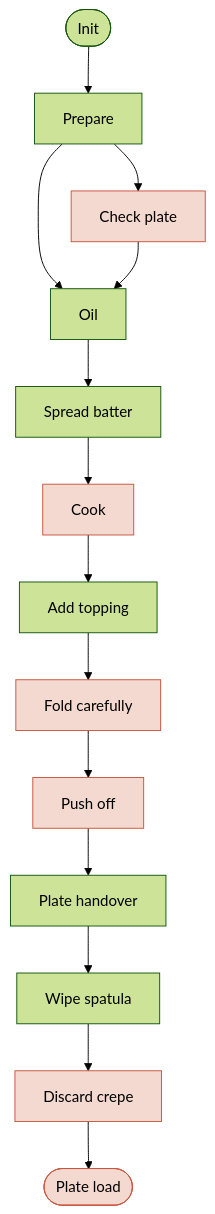
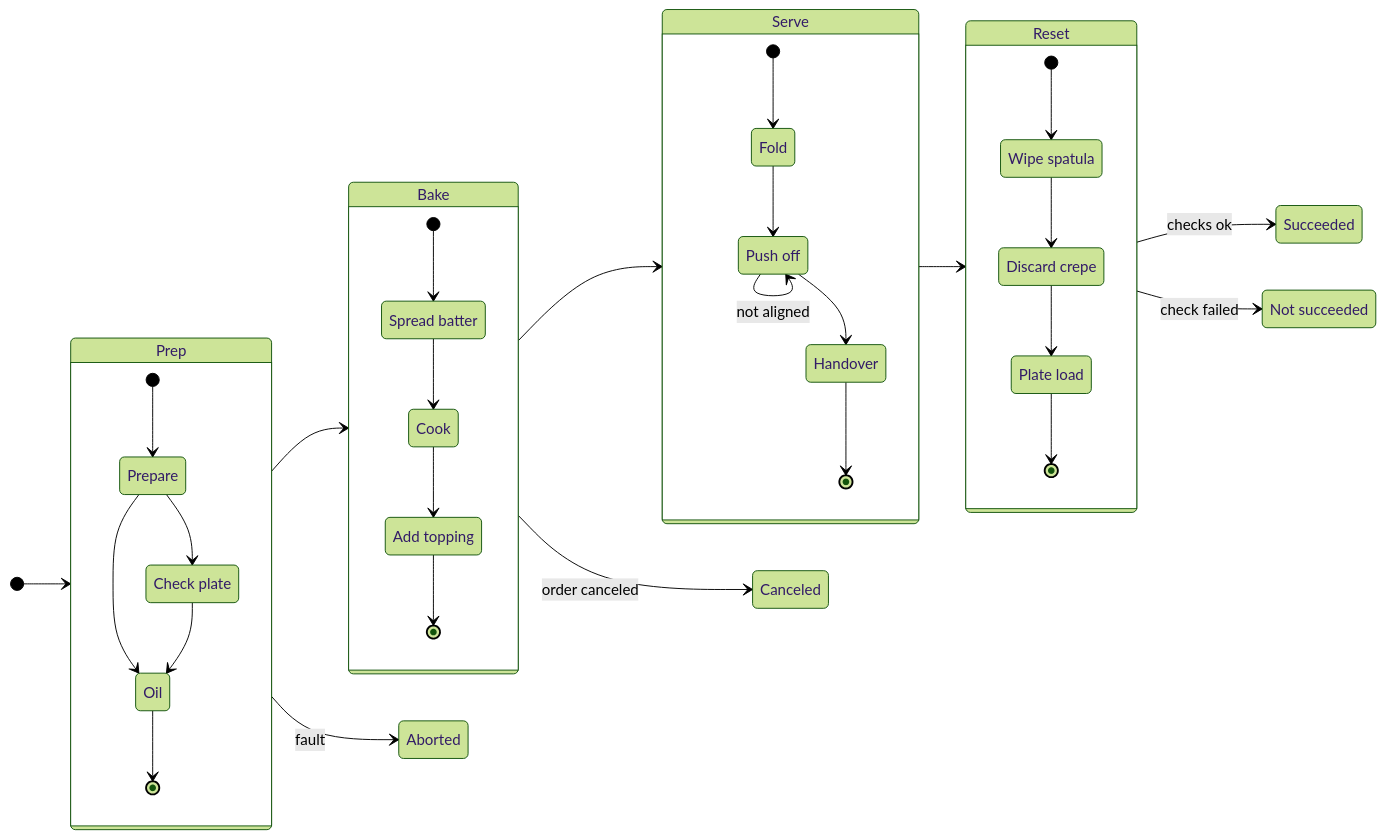
One commit to leonardoAB1/maus-crepe-insights changed the first of 3 diagrams in documentation/crepe-stages.md. Above: the diagram before and after it, drawn with Mermaid (forest theme). The commit also changed other lines of this file and 8 other files, not shown here.

Commit message:
docs: show key diagrams in readme and refine stage machine

````diff
--- a/documentation/crepe-stages.md
+++ b/documentation/crepe-stages.md
@@ -17,19 +17,46 @@
 ```mermaid
-flowchart TB
-    init([Init]) --> prepare[Prepare]
-    prepare --> plate[Check plate]
-    prepare --> oil[Oil]
-    plate --> oil
-    oil --> spread[Spread batter]
-    spread --> cook[Cook]
-    cook --> topping[Add topping]
-    topping --> fold[Fold carefully]
-    fold --> push[Push off]
-    push --> handover[Plate handover]
-    handover --> wipe[Wipe spatula]
-    wipe --> discard[Discard crepe]
-    discard --> load([Plate load])
-
-    classDef check fill:#f3d9cf,stroke:#c8553d
-    class plate,cook,fold,push,discard,load check
+stateDiagram-v2
+    direction LR
+    [*] --> Prep
+    state Prep {
+        state "Check plate" as plate
+        [*] --> Prepare
+        Prepare --> plate
+        Prepare --> Oil
+        plate --> Oil
+        Oil --> [*]
+    }
+    Prep --> Bake
+    state Bake {
+        state "Spread batter" as spread
+        state "Add topping" as topping
+        [*] --> spread
+        spread --> Cook
+        Cook --> topping
+        topping --> [*]
+    }
+    Bake --> Serve
+    state Serve {
+        state "Push off" as push
+        [*] --> Fold
+        Fold --> push
+        push --> push: not aligned
+        push --> Handover
+        Handover --> [*]
+    }
+    Serve --> Reset
+    state Reset {
+        state "Wipe spatula" as wipe
+        state "Discard crepe" as discard
+        state "Plate load" as load
+        [*] --> wipe
+        wipe --> discard
+        discard --> load
+        load --> [*]
+    }
+    state "Not succeeded" as NotOk
+    Reset --> Succeeded: checks ok
+    Reset --> NotOk: check failed
+    Bake --> Canceled: order canceled
+    Prep --> Aborted: fault
 ```
````
